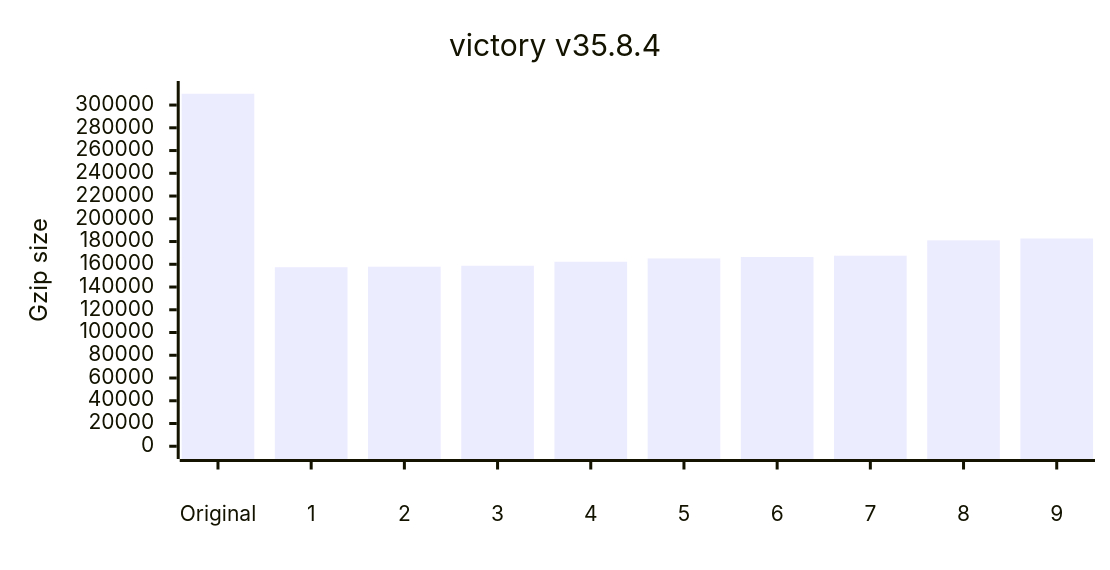
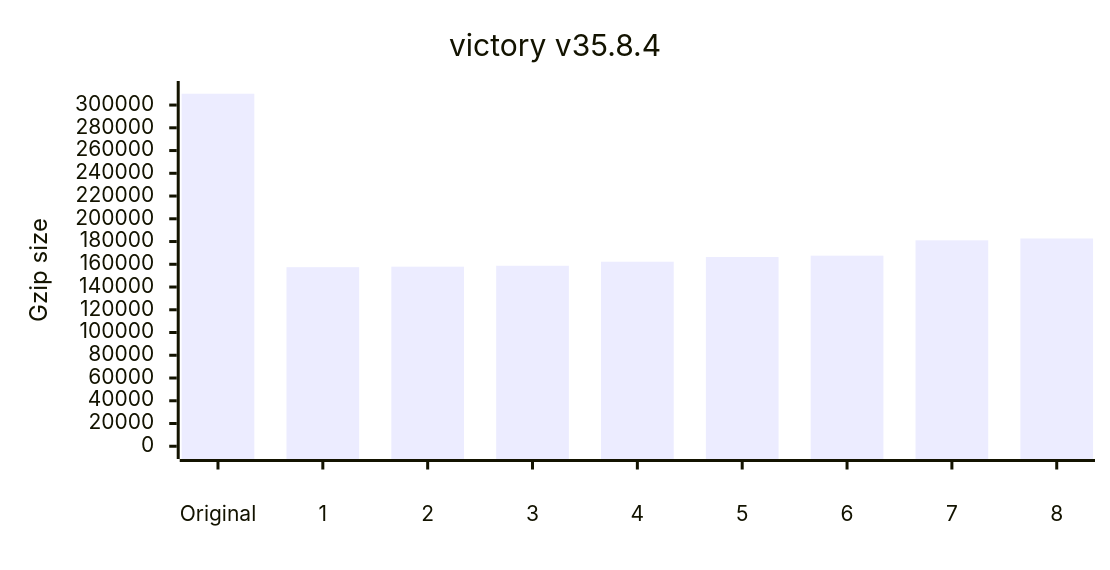
Before and after one commit to privatenumber/minification-benchmarks: the ninth of 12 diagrams in README.md, drawn with Mermaid. The commit also changed other lines of this file and 1 other file, not shown here.

````diff
--- a/README.md
+++ b/README.md
@@ -390,17 +390,17 @@
 ```mermaid
 ---
 config:
     xyChart:
         width: 720
         height: 360
         xAxis:
             labelPadding: 20
         yAxis:
             labelPadding: 10
 ---
 xychart-beta
 	title "victory v35.8.4"
-	x-axis ["Original",1,2,3,4,5,6,7,8,9]
+	x-axis ["Original",1,2,3,4,5,6,7,8]
 	y-axis "Gzip size" 0 --> 309942
-	bar [309942,157435,157900,158706,162262,165131,166386,167579,181071,182671]
+	bar [309942,157435,157900,158706,162262,166386,167579,181071,182671]
 ```
````
